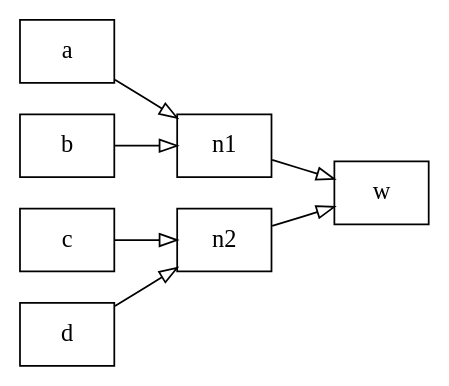
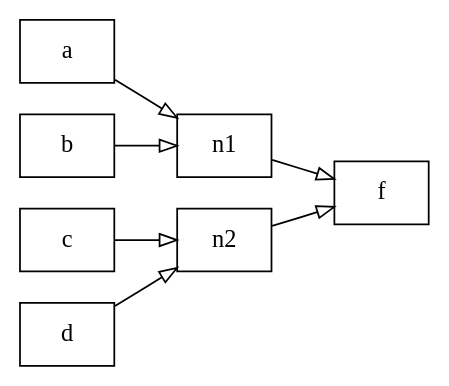
One commit to computations/phylourny-paper changed the diagram in single-elim.dot. Above: the diagram before and after it, drawn with Graphviz. The commit also changed 5 other files, not shown here.

```diff
--- a/single-elim.dot
+++ b/single-elim.dot
@@ -1,25 +1,21 @@
 digraph {
 splines=polyline
 rankdir="LR";
 
-a[shape=box];
-b[shape=box];
-c[shape=box];
-d[shape=box];
-n1[shape=box];
-n2[shape=box];
-w[shape=box];
+node [
+  shape=box
+];
 
 edge [
-arrowhead=onormal
+  arrowhead=onormal
 ];
 
 a -> n1;
 b -> n1;
 
 c -> n2;
 d -> n2;
 
-n2 -> w;
-n1 -> w;
+n2 -> f;
+n1 -> f;
 }
```
